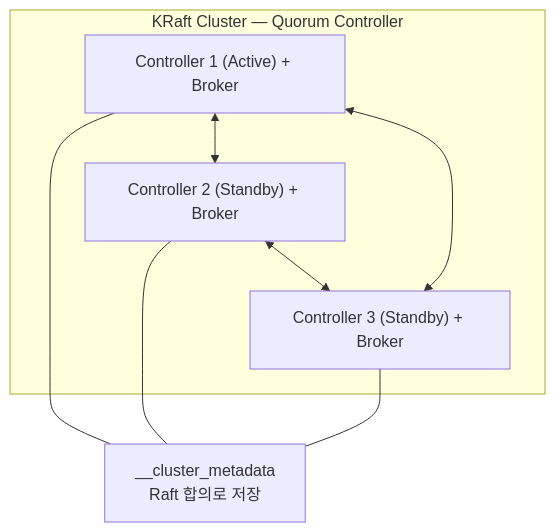
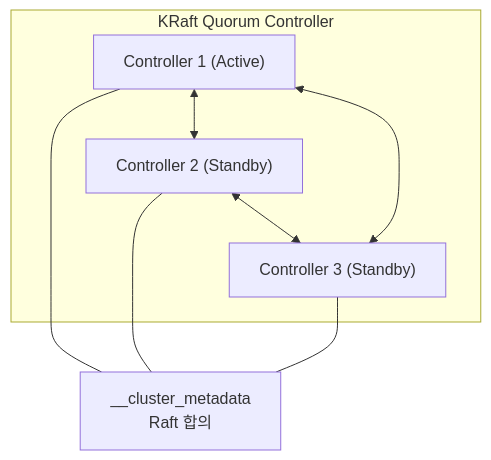
Before and after one commit to yjkim2015/yjkim2015.github.io: the ninth of 17 diagrams in _posts/kafka/2026-05-01-kafka-fundamentals.md, drawn with Mermaid. The commit also changed other lines of this file and 215 other files, not shown here.

First line of the commit message:
신규 포스트 10개 추가 + Mermaid 전면 축소 + SystemDesign 시리즈 보강

````diff
--- a/_posts/kafka/2026-05-01-kafka-fundamentals.md
+++ b/_posts/kafka/2026-05-01-kafka-fundamentals.md
@@ -360,15 +321,9 @@
 ```mermaid
 graph TD
-    subgraph kraft["KRaft Cluster — Quorum Controller"]
-        C1["Controller 1 (Active) + Broker"]
-        C2["Controller 2 (Standby) + Broker"]
-        C3["Controller 3 (Standby) + Broker"]
-        C1 <--> C2
-        C2 <--> C3
+    subgraph kraft["KRaft Quorum Controller"]
+        C1["Controller 1 (Active)"] <--> C2["Controller 2 (Standby)"]
+        C2 <--> C3["Controller 3 (Standby)"]
         C1 <--> C3
     end
-    META["__cluster_metadata\nRaft 합의로 저장"]
-    C1 --- META
-    C2 --- META
-    C3 --- META
+    C1 & C2 & C3 --- META["__cluster_metadata\nRaft 합의"]
 ```
````
